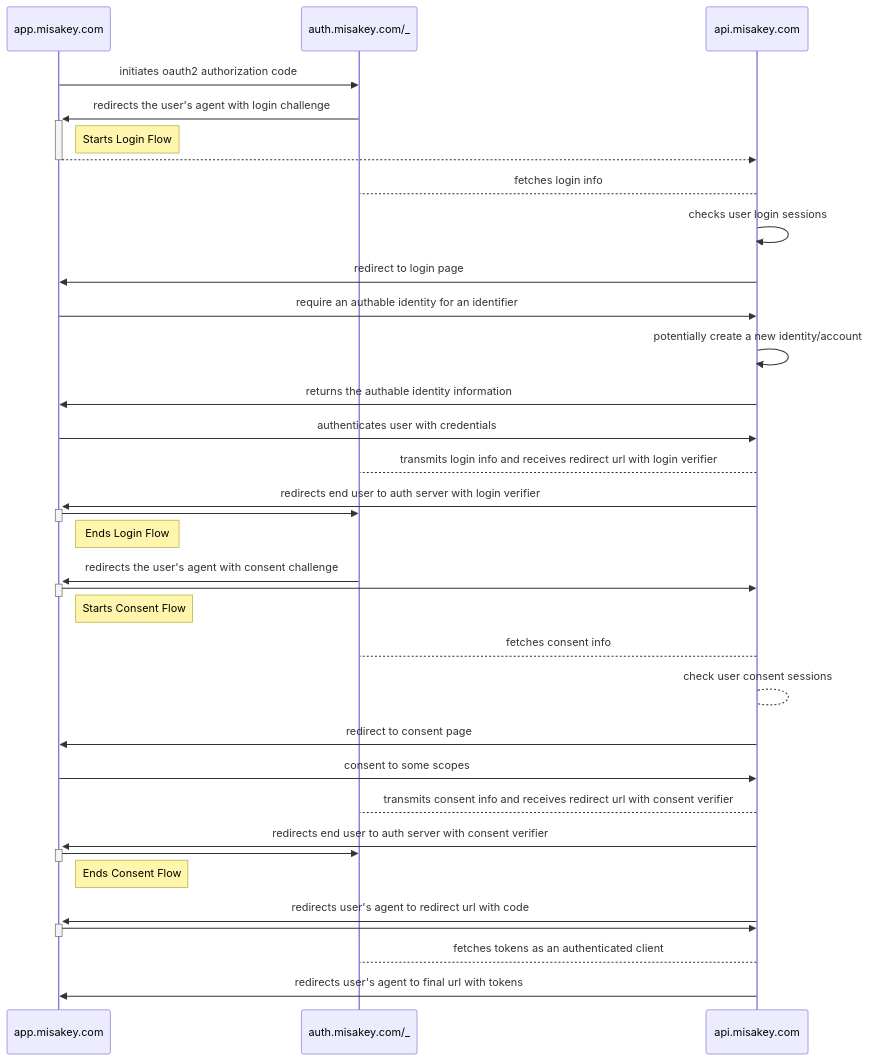
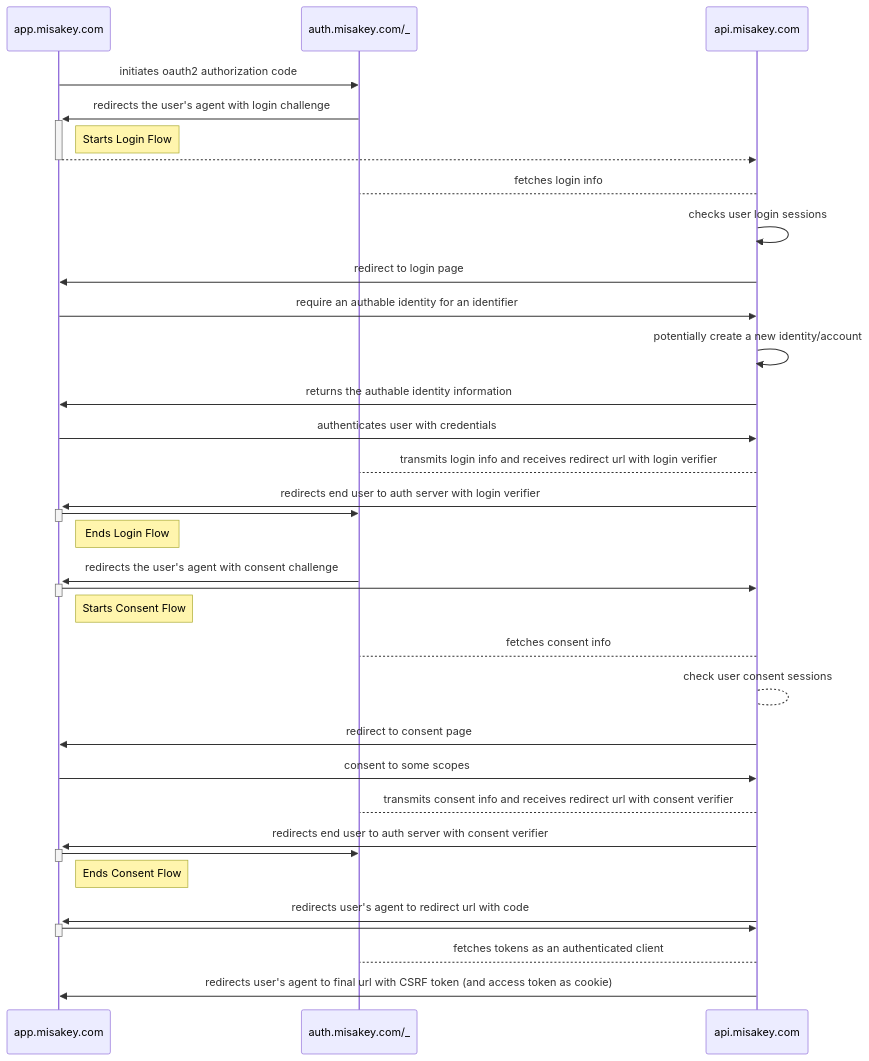
Before and after one commit to misakey/backend: the diagram in docs/content/endpoints/auth_flow.md, drawn with Mermaid. The commit also changed other lines of this file and 1 other file, not shown here.

Commit message:
add mentions to auth cookie in docs

```diff
--- a/docs/content/endpoints/auth_flow.md
+++ b/docs/content/endpoints/auth_flow.md
@@ -38,33 +38,33 @@
 {{<mermaid>}}
 sequenceDiagram
     app.misakey.com->>auth.misakey.com/_: initiates oauth2 authorization code
     auth.misakey.com/_->>+app.misakey.com: redirects the user's agent with login challenge
     Note right of app.misakey.com: Starts Login Flow
     app.misakey.com-->>-api.misakey.com: 
     api.misakey.com-->auth.misakey.com/_: fetches login info
     api.misakey.com->>api.misakey.com: checks user login sessions
     api.misakey.com->>app.misakey.com: redirect to login page
     app.misakey.com->>api.misakey.com: require an authable identity for an identifier
     api.misakey.com->>api.misakey.com: potentially create a new identity/account
     api.misakey.com->>app.misakey.com: returns the authable identity information
     app.misakey.com->>api.misakey.com: authenticates user with credentials
     api.misakey.com-->auth.misakey.com/_: transmits login info and receives redirect url with login verifier
     api.misakey.com->>+app.misakey.com: redirects end user to auth server with login verifier
     app.misakey.com->>-auth.misakey.com/_: 
     Note right of app.misakey.com: Ends Login Flow
     auth.misakey.com/_->>+app.misakey.com: redirects the user's agent with consent challenge
     app.misakey.com->>-api.misakey.com: 
     Note right of app.misakey.com: Starts Consent Flow
     api.misakey.com-->auth.misakey.com/_: fetches consent info
     api.misakey.com-->api.misakey.com: check user consent sessions
     api.misakey.com->>app.misakey.com: redirect to consent page
     app.misakey.com->>api.misakey.com: consent to some scopes
     api.misakey.com-->auth.misakey.com/_: transmits consent info and receives redirect url with consent verifier
     api.misakey.com->>+app.misakey.com: redirects end user to auth server with consent verifier
     app.misakey.com->>-auth.misakey.com/_: 
     Note right of app.misakey.com: Ends Consent Flow
     api.misakey.com->>+app.misakey.com: redirects user's agent to redirect url with code
     app.misakey.com->>-api.misakey.com: 
     api.misakey.com-->auth.misakey.com/_: fetches tokens as an authenticated client
-    api.misakey.com->>app.misakey.com: redirects user's agent to final url with tokens
+    api.misakey.com->>app.misakey.com: redirects user's agent to final url with CSRF token (and access token as cookie)
 {{</mermaid>}}
```
